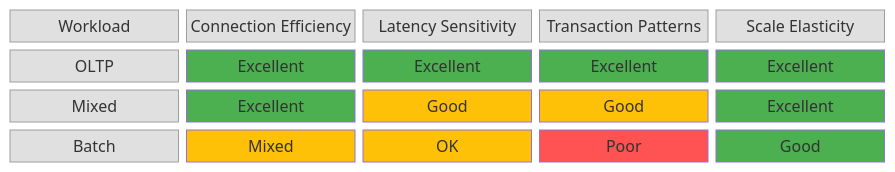
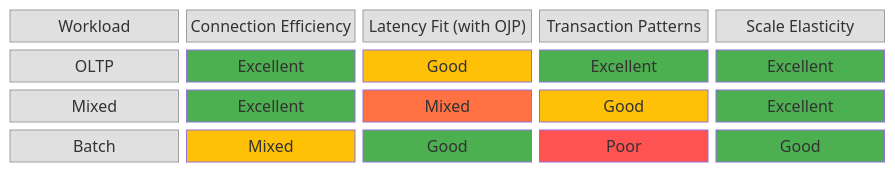
Diagram 11 of 15 in documents/ebook/part1-chapter1-introduction.md (Open-J-Proxy/ojp), drawn with Mermaid before and after one commit. The commit also changed other lines of this file, not shown here.

Commit message:
docs: correct latency-fit claims in section 1.7

````diff
--- a/documents/ebook/part1-chapter1-introduction.md
+++ b/documents/ebook/part1-chapter1-introduction.md
@@ -426,32 +426,32 @@
 ```mermaid
 block-beta
 columns 5
-  H0["Workload"] H1["Connection Efficiency"] H2["Latency Sensitivity"] H3["Transaction Patterns"] H4["Scale Elasticity"]
-  OLTP["OLTP"] OLTP_1["Excellent"] OLTP_2["Excellent"] OLTP_3["Excellent"] OLTP_4["Excellent"]
-  MIX["Mixed"] MIX_1["Excellent"] MIX_2["Good"] MIX_3["Good"] MIX_4["Excellent"]
-  BAT["Batch"] BAT_1["Mixed"] BAT_2["OK"] BAT_3["Poor"] BAT_4["Good"]
+  H0["Workload"] H1["Connection Efficiency"] H2["Latency Fit (with OJP)"] H3["Transaction Patterns"] H4["Scale Elasticity"]
+  OLTP["OLTP"] OLTP_1["Excellent"] OLTP_2["Good"] OLTP_3["Excellent"] OLTP_4["Excellent"]
+  MIX["Mixed"] MIX_1["Excellent"] MIX_2["Mixed"] MIX_3["Good"] MIX_4["Excellent"]
+  BAT["Batch"] BAT_1["Mixed"] BAT_2["Good"] BAT_3["Poor"] BAT_4["Good"]
 
   style H0 fill:#e0e0e0,stroke:#9e9e9e
   style H1 fill:#e0e0e0,stroke:#9e9e9e
   style H2 fill:#e0e0e0,stroke:#9e9e9e
   style H3 fill:#e0e0e0,stroke:#9e9e9e
   style H4 fill:#e0e0e0,stroke:#9e9e9e
   style OLTP fill:#e0e0e0,stroke:#9e9e9e
   style MIX fill:#e0e0e0,stroke:#9e9e9e
   style BAT fill:#e0e0e0,stroke:#9e9e9e
 
   style OLTP_1 fill:#4caf50,color:#fff
-  style OLTP_2 fill:#4caf50,color:#fff
+  style OLTP_2 fill:#ffc107
   style OLTP_3 fill:#4caf50,color:#fff
   style OLTP_4 fill:#4caf50,color:#fff
 
   style MIX_1 fill:#4caf50,color:#fff
-  style MIX_2 fill:#ffc107
+  style MIX_2 fill:#ff7043,color:#fff
   style MIX_3 fill:#ffc107
   style MIX_4 fill:#4caf50,color:#fff
 
   style BAT_1 fill:#ffc107
-  style BAT_2 fill:#ffc107
+  style BAT_2 fill:#4caf50,color:#fff
   style BAT_3 fill:#ff5252,color:#fff
   style BAT_4 fill:#4caf50,color:#fff
 ```
````
